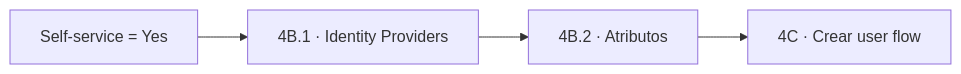
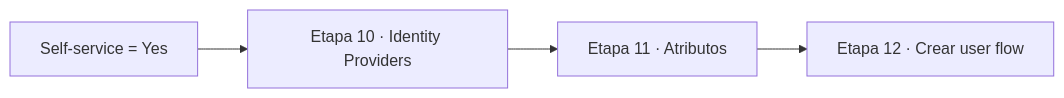
Before and after one commit to cmartinezs/DSY1107-DESARROLLO-CLOUD-NATIVE-I-2026-2: the fifth of 5 diagrams in docs/identity/entra-guia-completa/04b-self-service-habilitar-tenant.md, drawn with Mermaid. The commit also changed other lines of this file, not shown here.

Commit message:
docs(identity): renumber tenant self-service setup as stage 9

````diff
--- a/docs/identity/entra-guia-completa/04b-self-service-habilitar-tenant.md
+++ b/docs/identity/entra-guia-completa/04b-self-service-habilitar-tenant.md
@@ -199,6 +169,6 @@
 ```mermaid
 flowchart LR
-    ENABLE[Self-service = Yes] --> IDP[4B.1 · Identity Providers]
-    IDP --> ATTR[4B.2 · Atributos]
-    ATTR --> UF[4C · Crear user flow]
+    ENABLE[Self-service = Yes] --> IDP[Etapa 10 · Identity Providers]
+    IDP --> ATTR[Etapa 11 · Atributos]
+    ATTR --> UF[Etapa 12 · Crear user flow]
 ```
````
